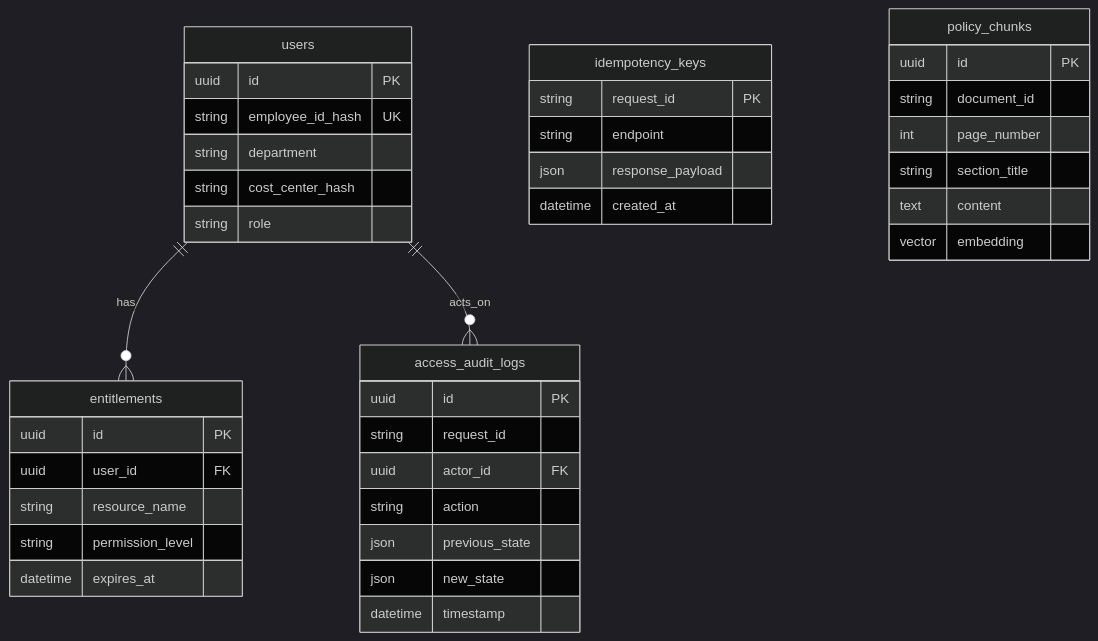
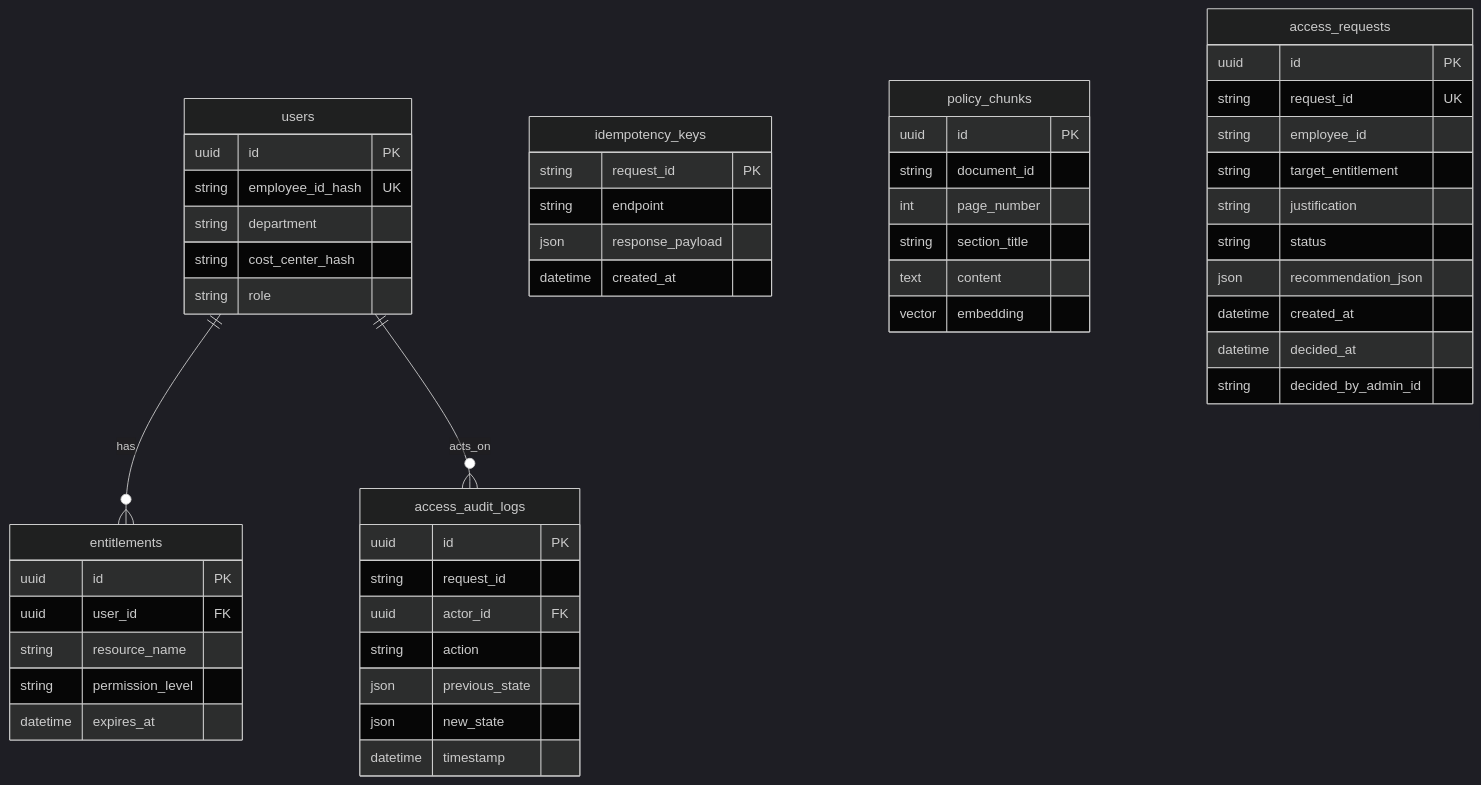
The second of 2 diagrams in docs/CODEBASE_REFERENCE.md (joey-p008/policy-pilot), drawn with Mermaid (dark theme) before and after one commit. The commit also changed other lines of this file, not shown here.

````diff
--- a/docs/CODEBASE_REFERENCE.md
+++ b/docs/CODEBASE_REFERENCE.md
@@ -249,42 +297,54 @@
 ```mermaid
 erDiagram
   users ||--o{ entitlements : has
   users ||--o{ access_audit_logs : acts_on
   users {
     uuid id PK
     string employee_id_hash UK
     string department
     string cost_center_hash
     string role
   }
   entitlements {
     uuid id PK
     uuid user_id FK
     string resource_name
     string permission_level
     datetime expires_at
   }
   idempotency_keys {
     string request_id PK
     string endpoint
     json response_payload
     datetime created_at
   }
   access_audit_logs {
     uuid id PK
     string request_id
     uuid actor_id FK
     string action
     json previous_state
     json new_state
     datetime timestamp
   }
   policy_chunks {
     uuid id PK
     string document_id
     int page_number
     string section_title
     text content
     vector embedding
   }
+  access_requests {
+    uuid id PK
+    string request_id UK
+    string employee_id
+    string target_entitlement
+    string justification
+    string status
+    json recommendation_json
+    datetime created_at
+    datetime decided_at
+    string decided_by_admin_id
+  }
 ```
````
